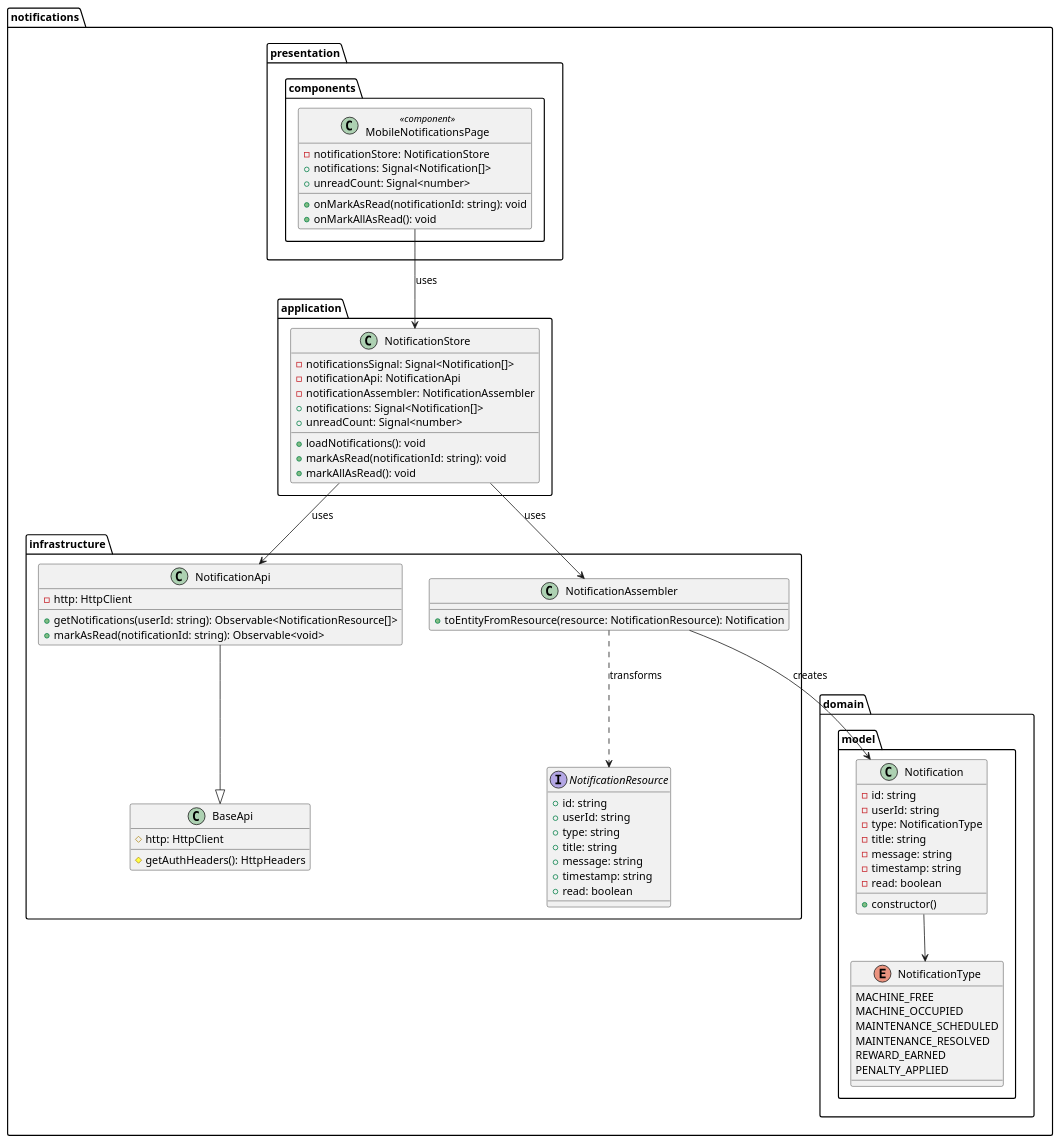
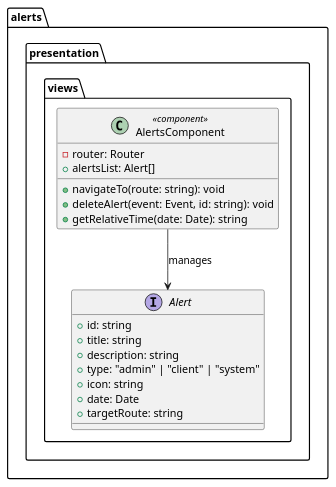
One commit to SpotTrack-1ASI0729-2610-11881/spottrack-report changed the diagram in docs/class-diagrams-frontend/class-diagram-notifications.puml. Above: the diagram before and after it, drawn with PlantUML. The commit also changed 13 other files, not shown here.

Commit message:
docs: update class diagrams frontend

```diff
--- a/docs/class-diagrams-frontend/class-diagram-notifications.puml
+++ b/docs/class-diagrams-frontend/class-diagram-notifications.puml
@@ -1,79 +1,25 @@
-@startuml BC-08_Notifications
+@startuml BC-08_Alerts
 
-package "notifications.domain.model" {
-  class Notification {
-    - id: string
-    - userId: string
-    - type: NotificationType
-    - title: string
-    - message: string
-    - timestamp: string
-    - read: boolean
-    + constructor()
+package "alerts.presentation.views" {
+  interface Alert {
+    + id: string
+    + title: string
+    + description: string
+    + type: "admin" | "client" | "system"
+    + icon: string
+    + date: Date
+    + targetRoute: string
   }
-  enum NotificationType {
-    MACHINE_FREE
-    MACHINE_OCCUPIED
-    MAINTENANCE_SCHEDULED
-    MAINTENANCE_RESOLVED
-    REWARD_EARNED
-    PENALTY_APPLIED
+
+  class AlertsComponent <<component>> {
+    - router: Router
+    + alertsList: Alert[]
+    + navigateTo(route: string): void
+    + deleteAlert(event: Event, id: string): void
+    + getRelativeTime(date: Date): string
   }
 }
 
-package "notifications.application" {
-  class NotificationStore {
-    - notificationsSignal: Signal<Notification[]>
-    - notificationApi: NotificationApi
-    - notificationAssembler: NotificationAssembler
-    + notifications: Signal<Notification[]>
-    + unreadCount: Signal<number>
-    + loadNotifications(): void
-    + markAsRead(notificationId: string): void
-    + markAllAsRead(): void
-  }
-}
-
-package "notifications.infrastructure" {
-  class NotificationApi {
-    - http: HttpClient
-    + getNotifications(userId: string): Observable<NotificationResource[]>
-    + markAsRead(notificationId: string): Observable<void>
-  }
-  interface NotificationResource {
-    + id: string
-    + userId: string
-    + type: string
-    + title: string
-    + message: string
-    + timestamp: string
-    + read: boolean
-  }
-  class NotificationAssembler {
-    + toEntityFromResource(resource: NotificationResource): Notification
-  }
-  class BaseApi {
-    # http: HttpClient
-    # getAuthHeaders(): HttpHeaders
-  }
-}
-
-package "notifications.presentation.components" {
-  class MobileNotificationsPage <<component>> {
-    - notificationStore: NotificationStore
-    + notifications: Signal<Notification[]>
-    + unreadCount: Signal<number>
-    + onMarkAsRead(notificationId: string): void
-    + onMarkAllAsRead(): void
-  }
-}
-
-NotificationApi --|> BaseApi
-NotificationStore --> NotificationApi : uses
-NotificationStore --> NotificationAssembler : uses
-NotificationAssembler ..> NotificationResource : transforms
-NotificationAssembler --> Notification : creates
-MobileNotificationsPage --> NotificationStore : uses
-Notification --> NotificationType
+AlertsComponent --> Alert : manages
 
 @enduml
```
